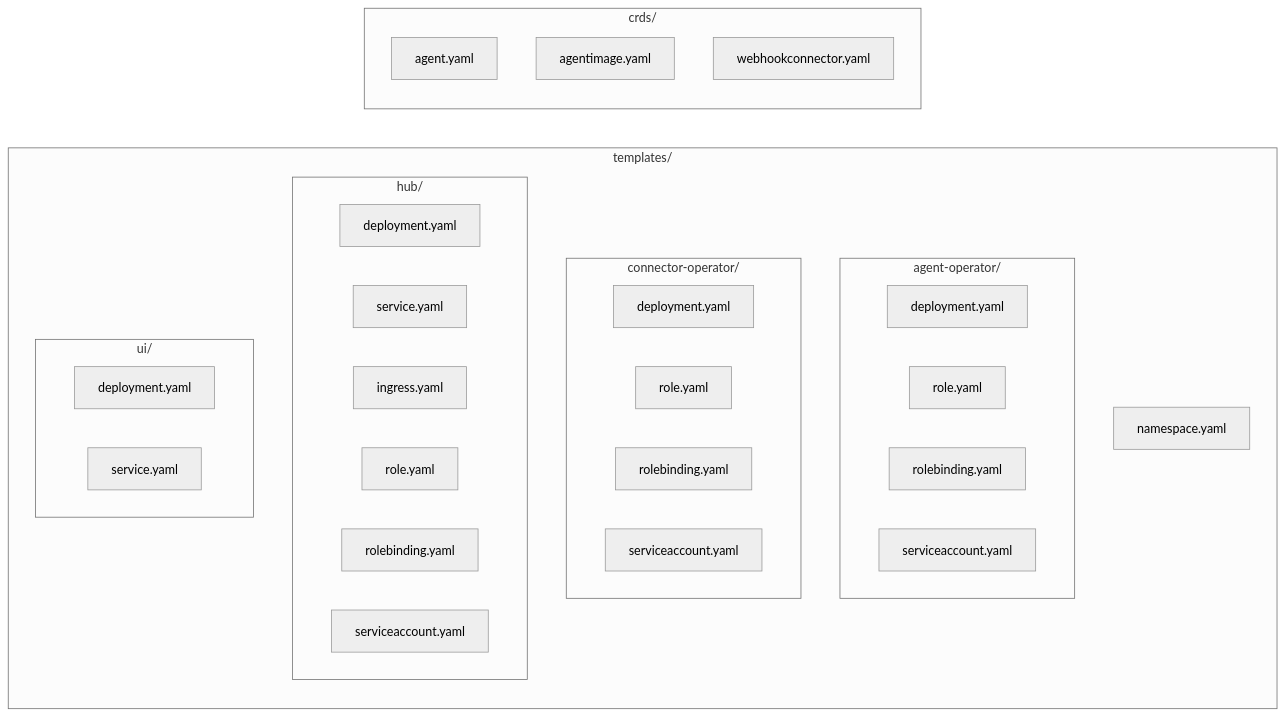
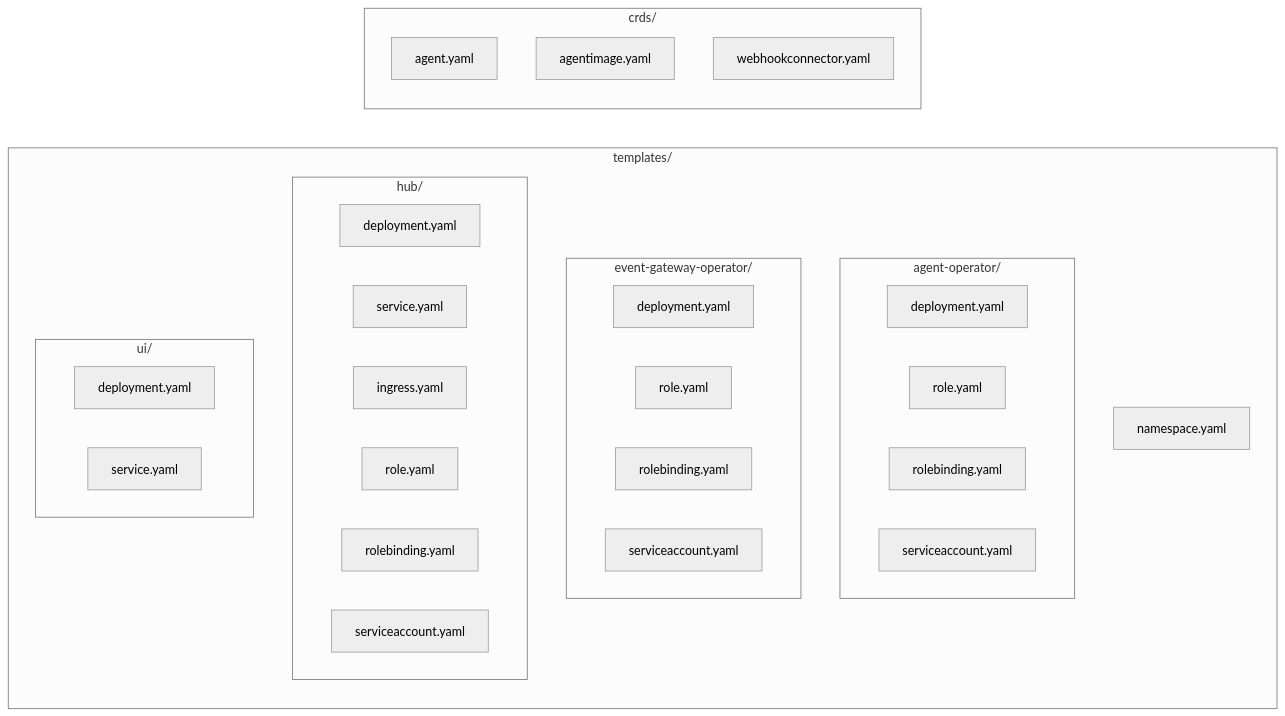
The second of 2 diagrams in chart/docs/architecture.md (ainsel-project/ainsel), drawn with Mermaid (neutral theme) before and after one commit. The commit also changed other lines of this file and 62 other files, not shown here.

First line of the commit message:
refactor(chart)!: align component names across code, templates and values

````diff
--- a/chart/docs/architecture.md
+++ b/chart/docs/architecture.md
@@ -34,36 +55,36 @@
 ```mermaid
 graph LR
     subgraph templates/
         NS[namespace.yaml]
         subgraph agent-operator/
             AO_D[deployment.yaml]
             AO_R[role.yaml]
             AO_RB[rolebinding.yaml]
             AO_SA[serviceaccount.yaml]
         end
-        subgraph connector-operator/
+        subgraph event-gateway-operator/
             CO_D[deployment.yaml]
             CO_R[role.yaml]
             CO_RB[rolebinding.yaml]
             CO_SA[serviceaccount.yaml]
         end
         subgraph hub/
             H_D[deployment.yaml]
             H_S[service.yaml]
             H_I[ingress.yaml]
             H_R[role.yaml]
             H_RB[rolebinding.yaml]
             H_SA[serviceaccount.yaml]
         end
         subgraph ui/
             U_D[deployment.yaml]
             U_S[service.yaml]
         end
     end
 
     subgraph crds/
         CRD_A[agent.yaml]
         CRD_AI[agentimage.yaml]
         CRD_F[webhookconnector.yaml]
     end
 ```
````
